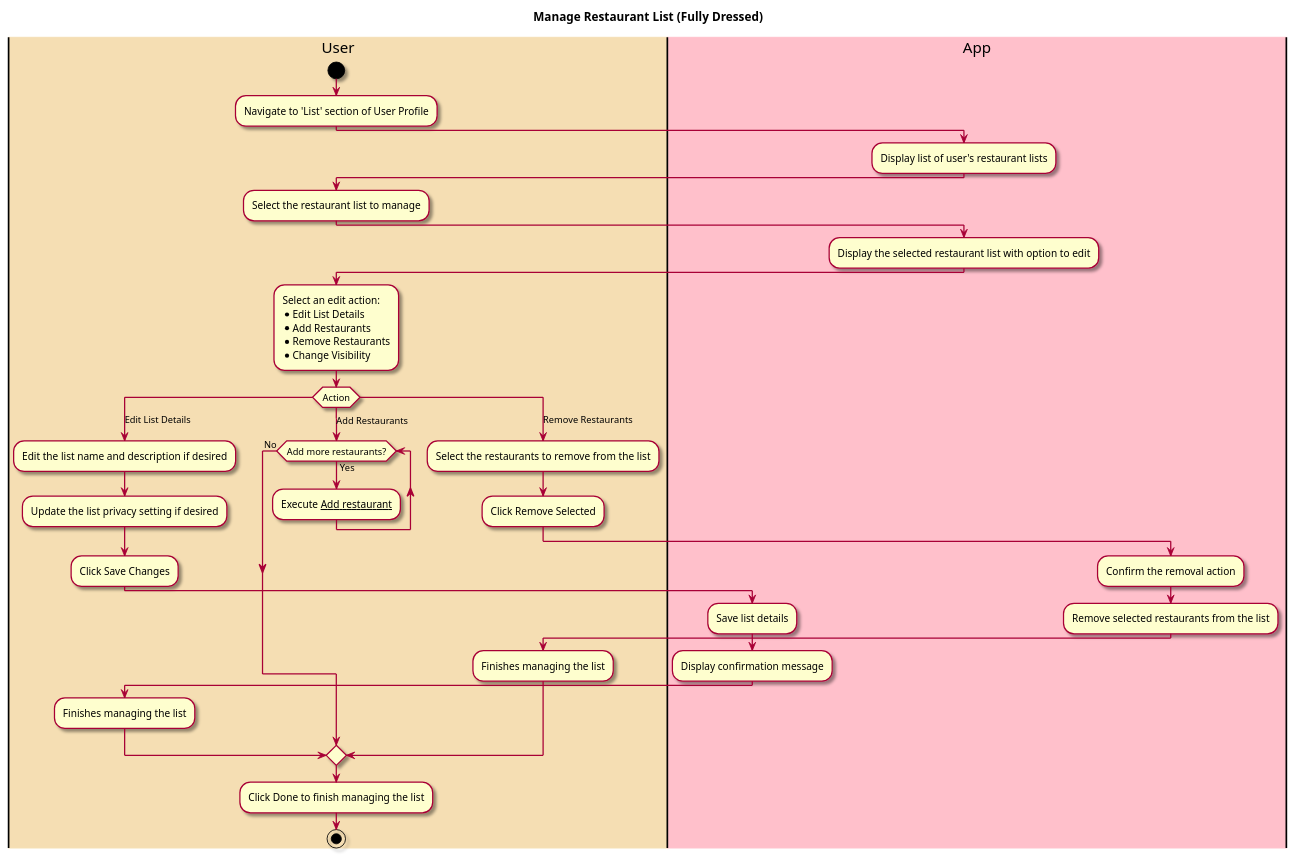
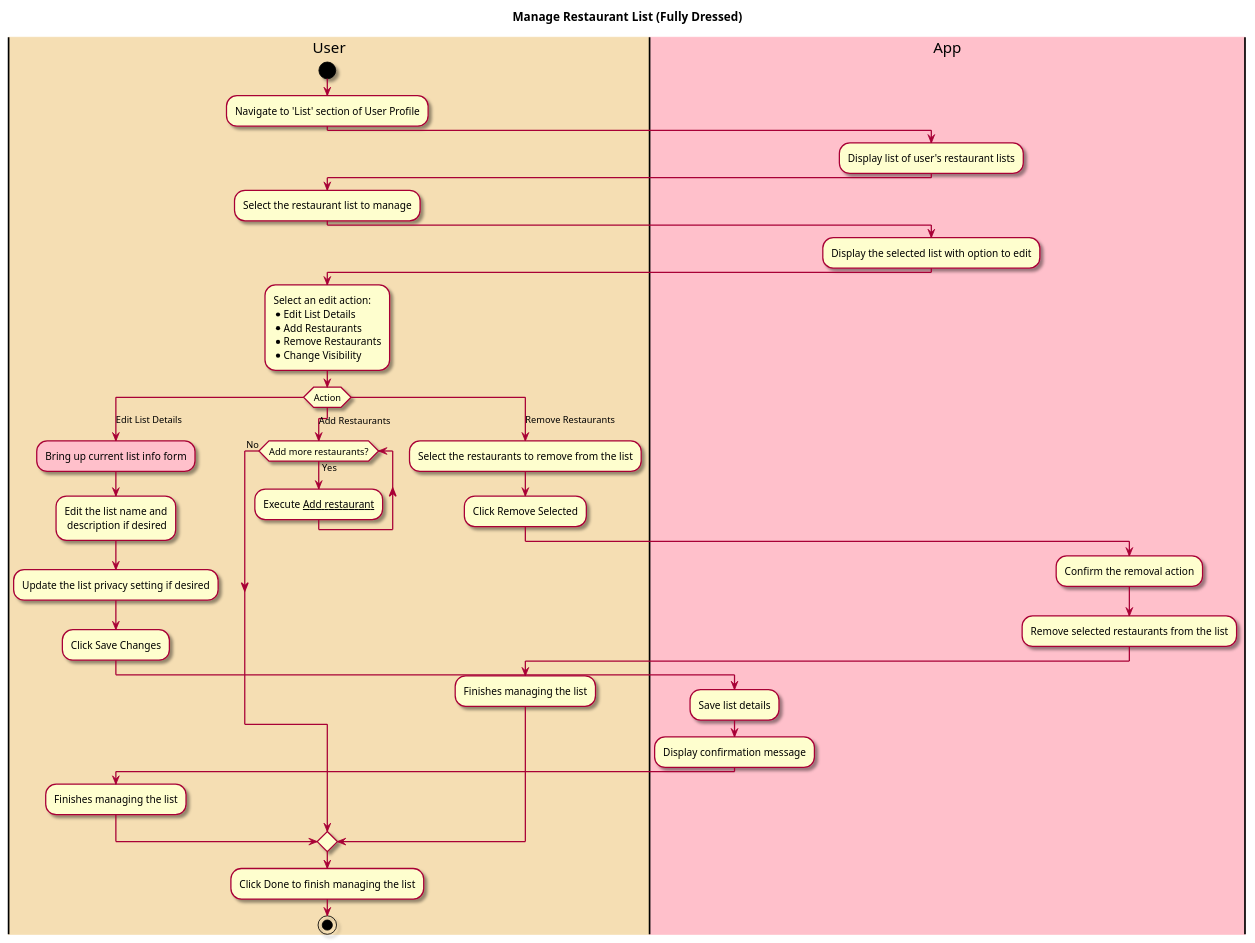
One commit to tanwasp/LunchBox-Android changed the first of 2 diagrams in intellij/doc/use_cases/manage-list.md. Above: the diagram before and after it, drawn with PlantUML. The commit also changed other lines of this file and 7 other files, not shown here.

`````diff
--- a/intellij/doc/use_cases/manage-list.md
+++ b/intellij/doc/use_cases/manage-list.md
@@ -17,64 +17,66 @@
 ````plantuml
 @startuml
 
 skin rose
 
 title Manage Restaurant List (Fully Dressed)
 
 |#wheat|User|
 |#pink|App|
 
 |User|
 start
 :Navigate to 'List' section of User Profile;
 |App|
 :Display list of user's restaurant lists;
 |User|
 :Select the restaurant list to manage;
 
 |App|
-:Display the selected restaurant list with option to edit;
+:Display the selected list with option to edit;
 
 |User|
     :Select an edit action:
     * Edit List Details
     * Add Restaurants
     * Remove Restaurants
     * Change Visibility;
 
     switch (Action)
         case (Edit List Details)
             |User|
-            :Edit the list name and description if desired;
+            #pink:Bring up current list info form;
+            :Edit the list name and
+             description if desired;
             :Update the list privacy setting if desired;
             :Click Save Changes;
             |App|
             :Save list details;
             :Display confirmation message;
             |User|
             :Finishes managing the list;
         case (Add Restaurants)
             |User|
             while (Add more restaurants?) is (Yes)
 :Execute __Add restaurant__;
             endwhile (No)
         case (Remove Restaurants)
                 |User|
                 :Select the restaurants to remove from the list;
                 :Click Remove Selected;
                 |App|
                 :Confirm the removal action;
                 :Remove selected restaurants from the list;
                 |User|
             :Finishes managing the list;
      endswitch
 
 
 |User|
 :Click Done to finish managing the list;
 
 stop
 
 @enduml  
 
 ````
`````
